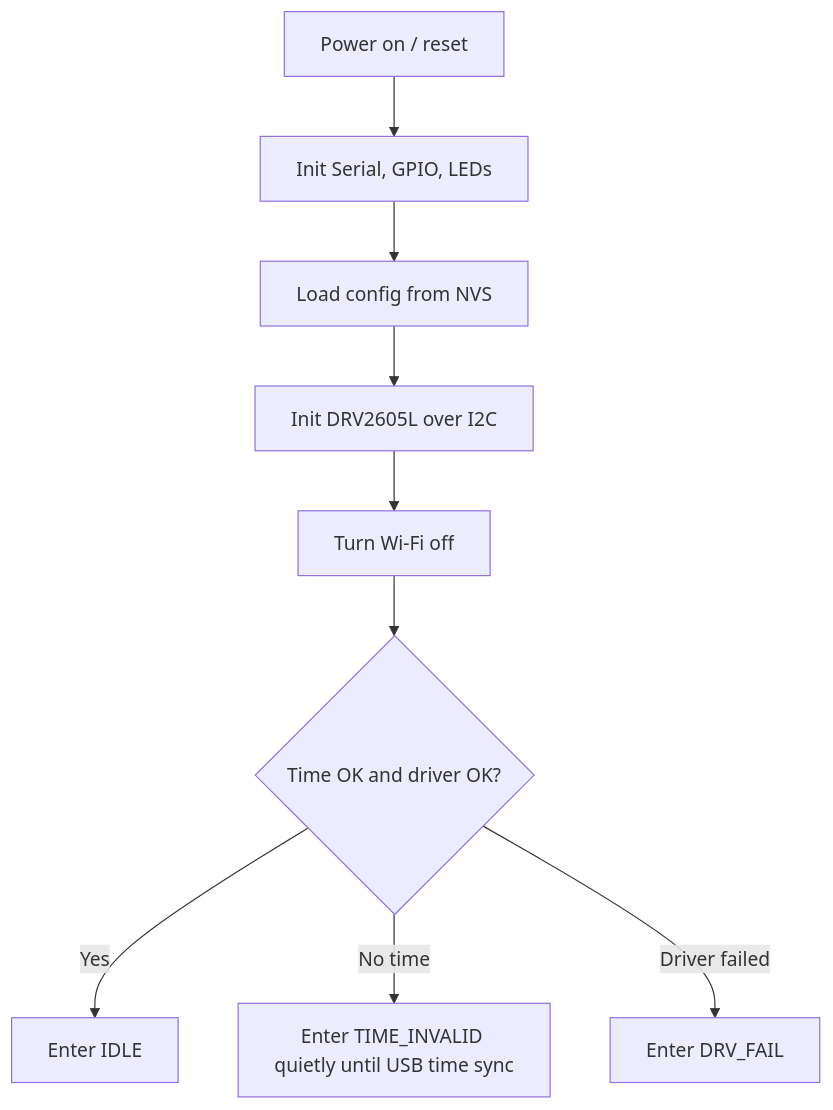
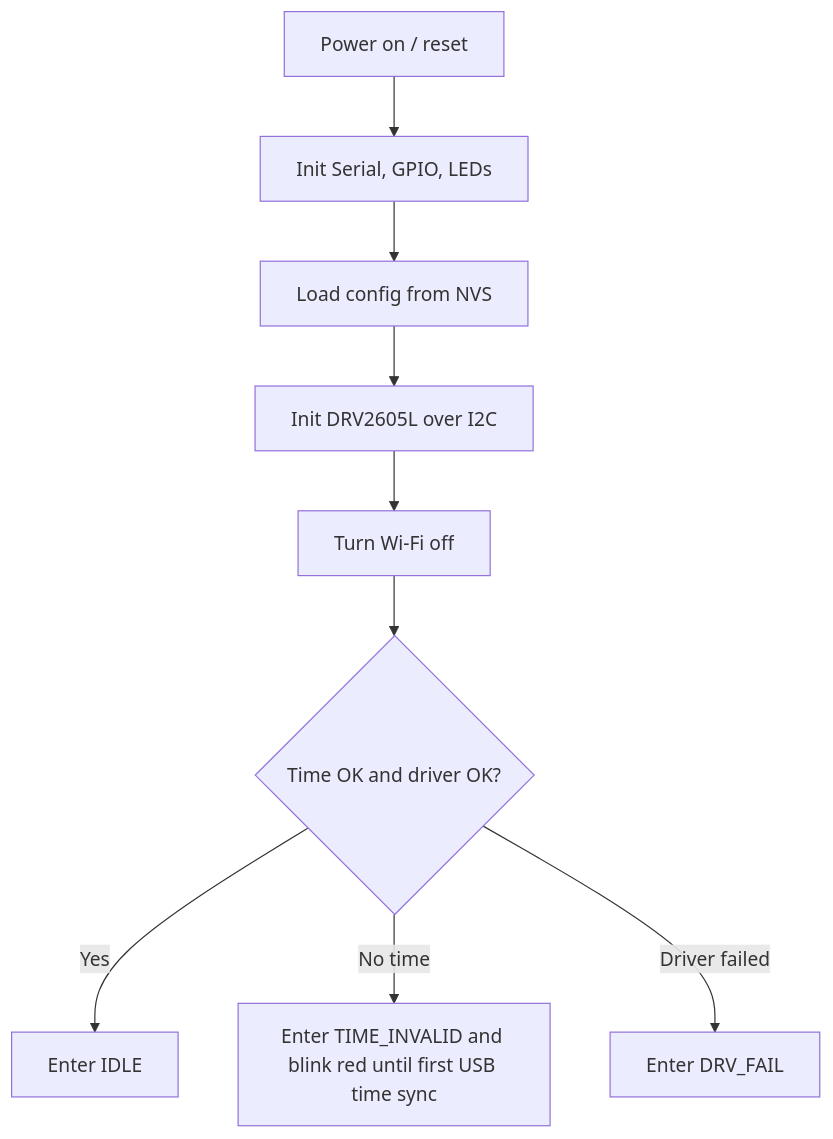
One commit to terry-eric/esp32c3-clock-web changed the first of 2 diagrams in docs/MCU_LOGIC.md. Above: the diagram before and after it, drawn with Mermaid. The commit also changed other lines of this file and 5 other files, not shown here.

Commit message:
Blink red before first USB time sync

````diff
--- a/docs/MCU_LOGIC.md
+++ b/docs/MCU_LOGIC.md
@@ -13,11 +13,11 @@
 ```mermaid
 flowchart TD
   A["Power on / reset"] --> B["Init Serial, GPIO, LEDs"]
   B --> C["Load config from NVS"]
   C --> D["Init DRV2605L over I2C"]
   D --> E["Turn Wi-Fi off"]
   E --> F{"Time OK and driver OK?"}
   F -- "Yes" --> G["Enter IDLE"]
-  F -- "No time" --> H["Enter TIME_INVALID quietly until USB time sync"]
+  F -- "No time" --> H["Enter TIME_INVALID and blink red until first USB time sync"]
   F -- "Driver failed" --> I["Enter DRV_FAIL"]
 ```
````
